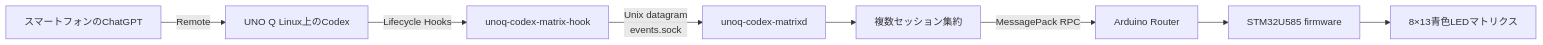
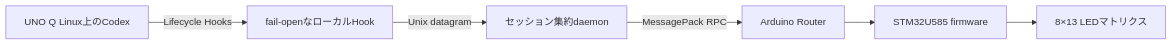
One commit to HSBL-ko-gyo/unoq-codex-matrix changed the diagram in README.ja.md. Above: the diagram before and after it, drawn with Mermaid. The commit also changed other lines of this file and 3 other files, not shown here.

````diff
--- a/README.ja.md
+++ b/README.ja.md
@@ -22,10 +17,8 @@
 ```mermaid
 flowchart LR
-    Phone["スマートフォンのChatGPT"] -->|"Remote"| Codex["UNO Q Linux上のCodex"]
-    Codex -->|"Lifecycle Hooks"| Hook["unoq-codex-matrix-hook"]
-    Hook -->|"Unix datagram<br/>events.sock"| Daemon["unoq-codex-matrixd"]
-    Daemon --> Aggregate["複数セッション集約"]
-    Aggregate -->|"MessagePack RPC"| Router["Arduino Router"]
+    Codex["UNO Q Linux上のCodex"] -->|"Lifecycle Hooks"| Hook["fail-openなローカルHook"]
+    Hook -->|"Unix datagram"| Daemon["セッション集約daemon"]
+    Daemon -->|"MessagePack RPC"| Router["Arduino Router"]
     Router --> MCU["STM32U585 firmware"]
-    MCU --> Matrix["8×13青色LEDマトリクス"]
+    MCU --> Matrix["8×13 LEDマトリクス"]
 ```
````
